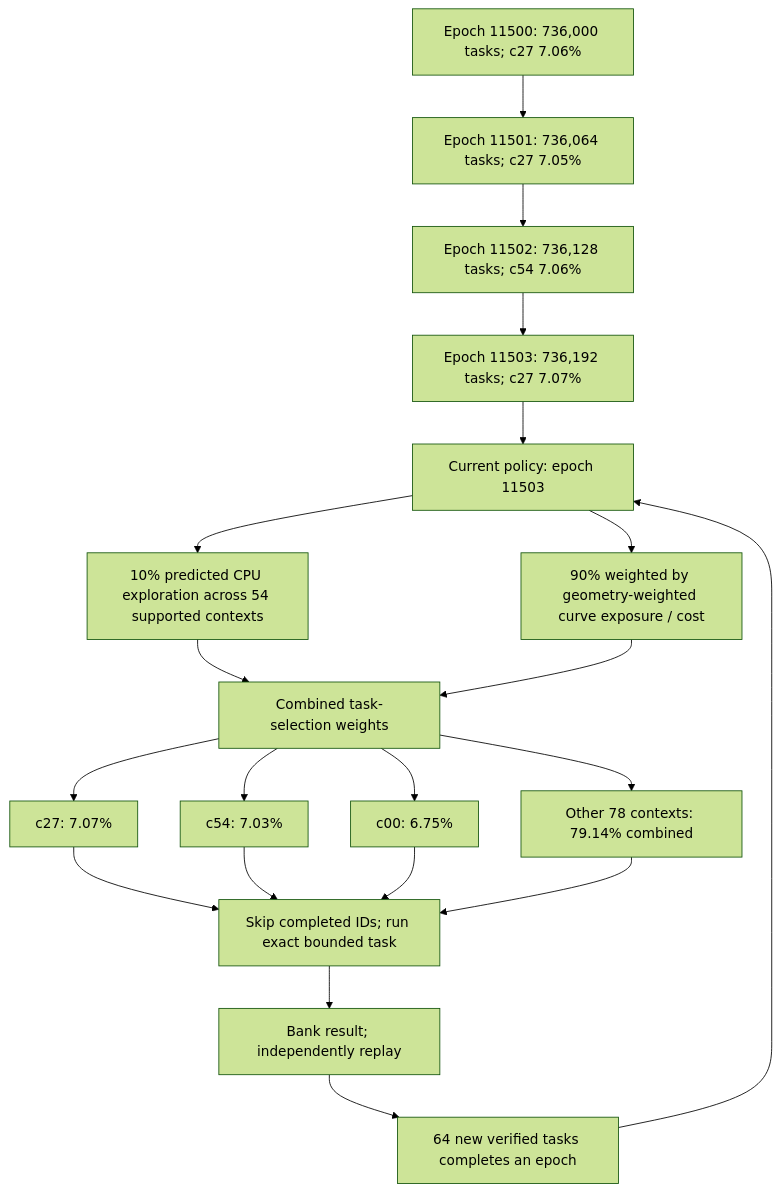
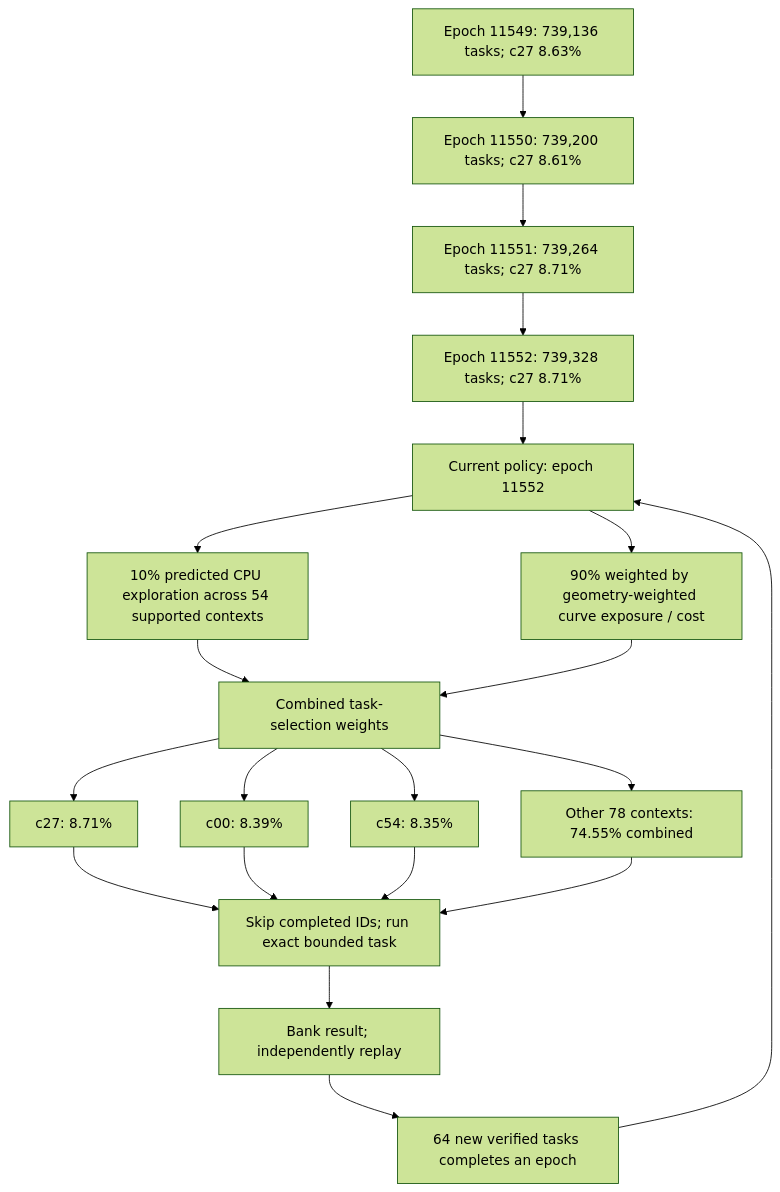
The first of 4 diagrams in README.md (Kuberwastaken/math-gambling), drawn with Mermaid (forest theme) before and after one commit. The commit also changed other lines of this file and 15313 other files, not shown here.

````diff
--- a/README.md
+++ b/README.md
@@ -60,27 +60,27 @@
 ```mermaid
 flowchart TD
-    H0["Epoch 11500: 736,000 tasks; c27 7.06%"]
-    H1["Epoch 11501: 736,064 tasks; c27 7.05%"]
+    H0["Epoch 11549: 739,136 tasks; c27 8.63%"]
+    H1["Epoch 11550: 739,200 tasks; c27 8.61%"]
     H0 --> H1
-    H2["Epoch 11502: 736,128 tasks; c54 7.06%"]
+    H2["Epoch 11551: 739,264 tasks; c27 8.71%"]
     H1 --> H2
-    H3["Epoch 11503: 736,192 tasks; c27 7.07%"]
+    H3["Epoch 11552: 739,328 tasks; c27 8.71%"]
     H2 --> H3
-    Policy["Current policy: epoch 11503"]
+    Policy["Current policy: epoch 11552"]
     H3 --> Policy
     Policy --> Explore["10% predicted CPU exploration across 54 supported contexts"]
     Policy --> Cost["90% weighted by geometry-weighted curve exposure / cost"]
     Explore --> Mix["Combined task-selection weights"]
     Cost --> Mix
-    Mix --> C0["c27: 7.07%"]
-    Mix --> C1["c54: 7.03%"]
-    Mix --> C2["c00: 6.75%"]
-    Mix --> Rest["Other 78 contexts: 79.14% combined"]
+    Mix --> C0["c27: 8.71%"]
+    Mix --> C1["c00: 8.39%"]
+    Mix --> C2["c54: 8.35%"]
+    Mix --> Rest["Other 78 contexts: 74.55% combined"]
     C0 --> Check["Skip completed IDs; run exact bounded task"]
     C1 --> Check
     C2 --> Check
     Rest --> Check
     Check --> Replay["Bank result; independently replay"]
     Replay --> Gate["64 new verified tasks completes an epoch"]
     Gate --> Policy
 ```
````
